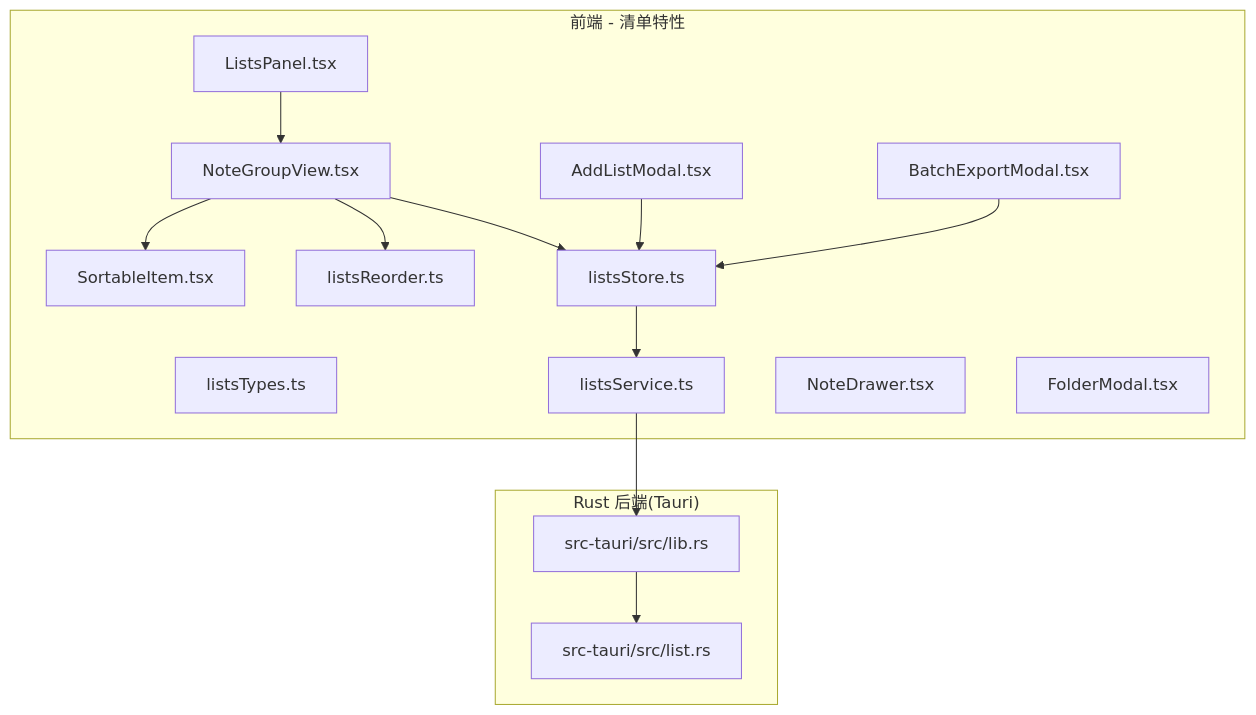
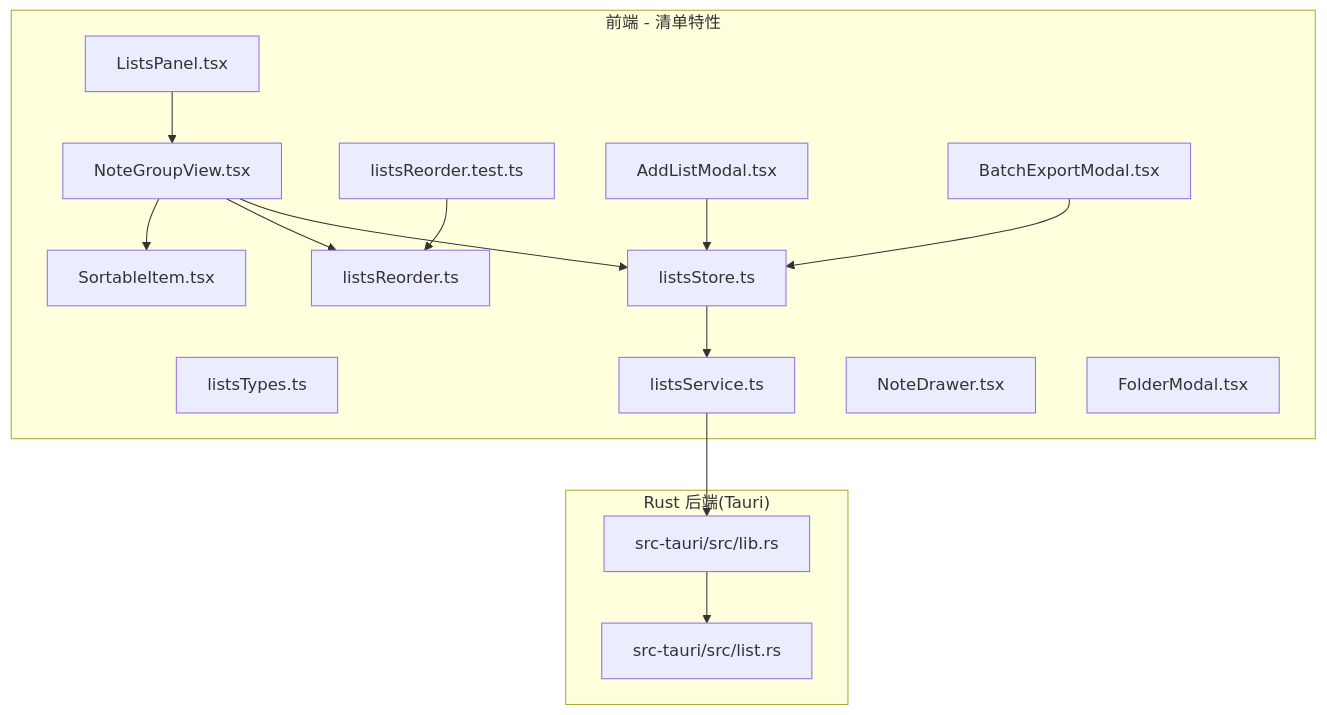
Before and after one commit to gzdxhujiale/FishWorker: the first of 10 diagrams in .qoder/repowiki/zh/content/核心功能模块/清单管理系统.md, drawn with Mermaid. The commit also changed other lines of this file and 34 other files, not shown here.

````diff
--- a/.qoder/repowiki/zh/content/核心功能模块/清单管理系统.md
+++ b/.qoder/repowiki/zh/content/核心功能模块/清单管理系统.md
@@ -50,29 +59,31 @@
 ```mermaid
 graph TB
 subgraph "前端 - 清单特性"
 Types["listsTypes.ts"]
 Store["listsStore.ts"]
 Service["listsService.ts"]
 Panel["ListsPanel.tsx"]
 GroupView["NoteGroupView.tsx"]
 Sortable["SortableItem.tsx"]
 Reorder["listsReorder.ts"]
+ReorderTest["listsReorder.test.ts"]
 AddModal["AddListModal.tsx"]
 ExportModal["BatchExportModal.tsx"]
 Drawer["NoteDrawer.tsx"]
 FolderModal["FolderModal.tsx"]
 end
 subgraph "Rust 后端(Tauri)"
 Lib["src-tauri/src/lib.rs"]
 ListAPI["src-tauri/src/list.rs"]
 end
 Panel --> GroupView
 GroupView --> Sortable
 GroupView --> Reorder
 GroupView --> Store
 AddModal --> Store
 ExportModal --> Store
 Store --> Service
 Service --> Lib
 Lib --> ListAPI
+ReorderTest --> Reorder
 ```
````
